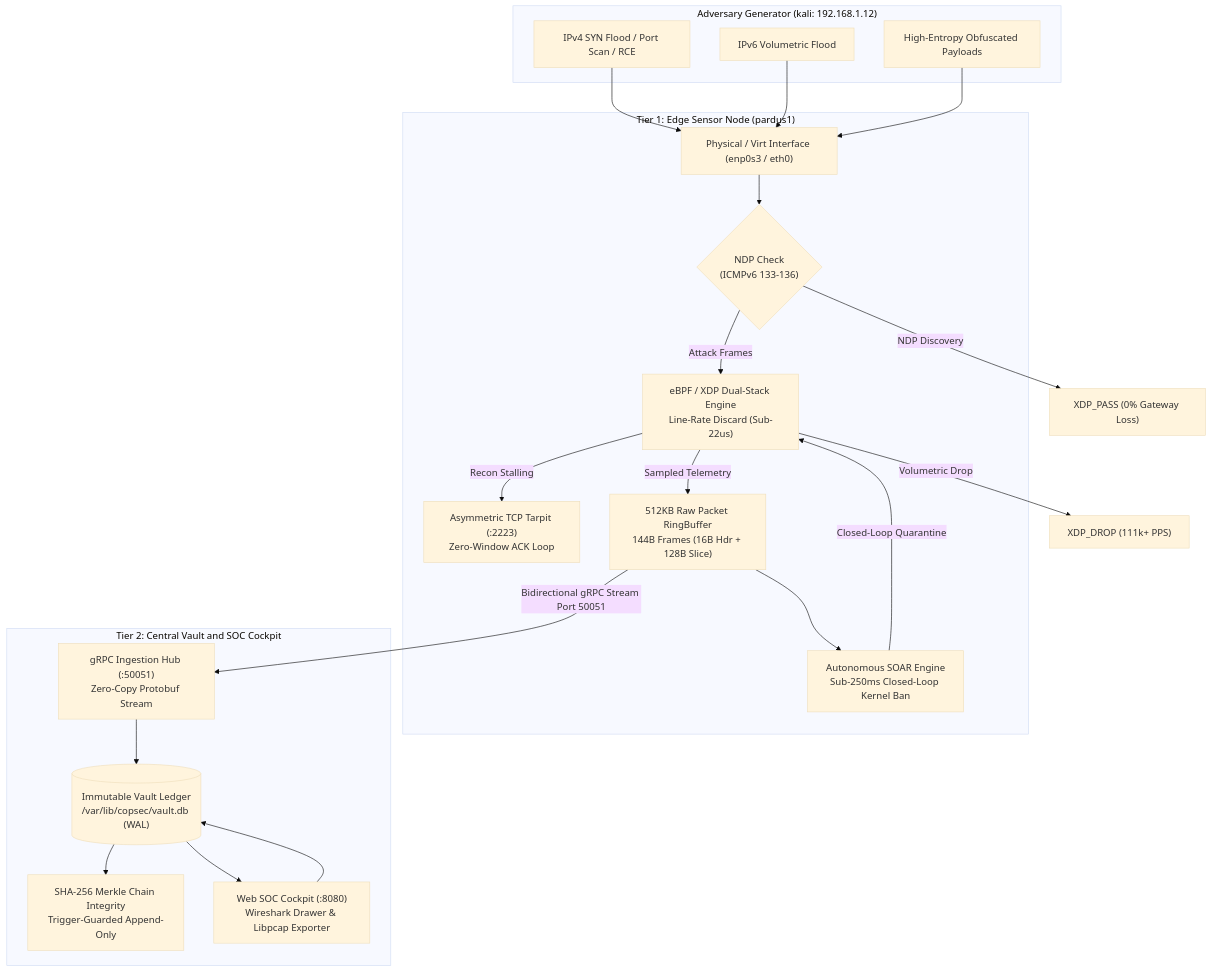
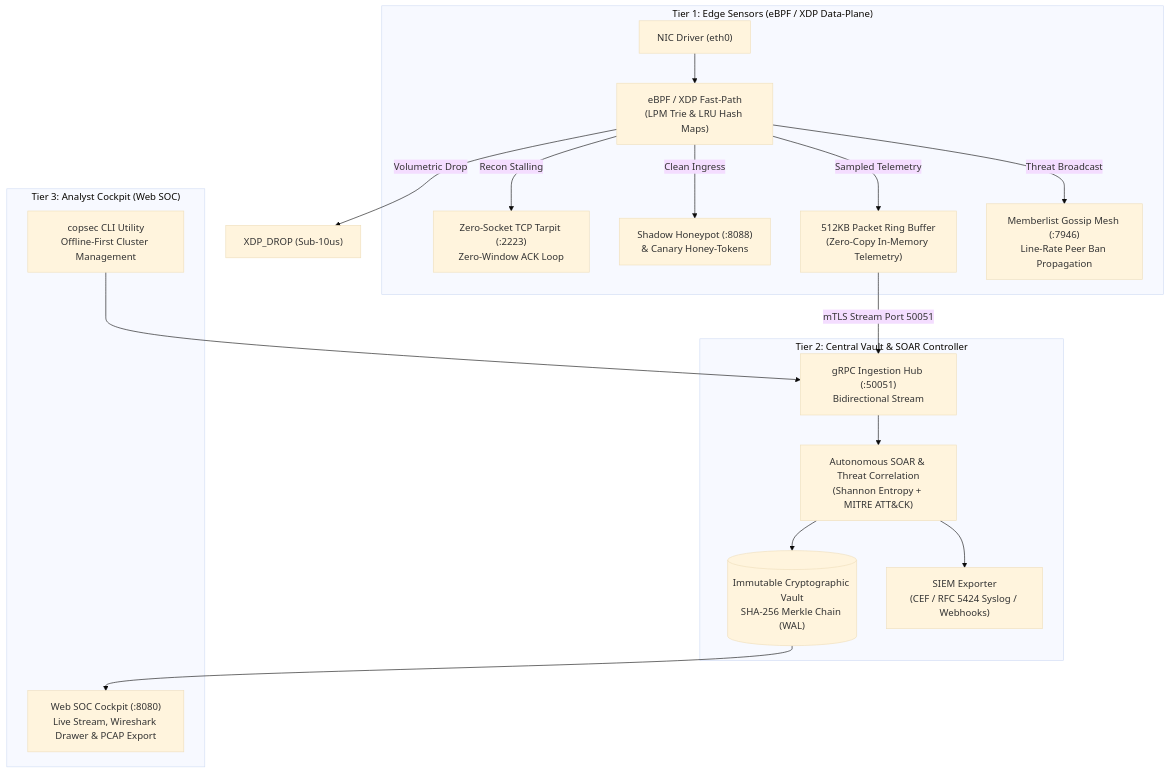
One commit to CoPdasten/copsec changed the diagram in README.md. Above: the diagram before and after it, drawn with Mermaid (base theme). The commit also changed other lines of this file, not shown here.

Commit message:
docs(readme): clean up redundant sections, remove speculative architecture bloat, and streamline documentation

````diff
--- a/README.md
+++ b/README.md
@@ -538,45 +31,38 @@
 ```mermaid
 flowchart TD
-    subgraph Adversary ["Adversary Generator (kali: 192.168.1.12)"]
-        ATTACK_V4["IPv4 SYN Flood / Port Scan / RCE"]
-        ATTACK_V6["IPv6 Volumetric Flood"]
-        ATTACK_ENTROPY["High-Entropy Obfuscated Payloads"]
+    subgraph Edge ["Tier 1: Edge Sensors (eBPF / XDP Data-Plane)"]
+        NIC["NIC Driver (eth0)"]
+        XDP["eBPF / XDP Fast-Path\n(LPM Trie & LRU Hash Maps)"]
+        TARPIT["Zero-Socket TCP Tarpit (:2223)\nZero-Window ACK Loop"]
+        HONEY["Shadow Honeypot (:8088)\n& Canary Honey-Tokens"]
+        RINGBUF["512KB Packet Ring Buffer\n(Zero-Copy In-Memory Telemetry)"]
+        GOSSIP["Memberlist Gossip Mesh (:7946)\nLine-Rate Peer Ban Propagation"]
     end
 
-    subgraph EdgeSensor ["Tier 1: Edge Sensor Node (pardus1)"]
-        NIC["Physical / Virt Interface (enp0s3 / eth0)"]
-        NDP_SAFE{"NDP Check\n(ICMPv6 133-136)"}
-        XDP_FAST["eBPF / XDP Dual-Stack Engine\nLine-Rate Discard (Sub-22us)"]
-        TARPIT["Asymmetric TCP Tarpit (:2223)\nZero-Window ACK Loop"]
-        RINGBUF["512KB Raw Packet RingBuffer\n144B Frames (16B Hdr + 128B Slice)"]
-        AUTONOMOUS["Autonomous SOAR Engine\nSub-250ms Closed-Loop Kernel Ban"]
+    subgraph Central ["Tier 2: Central Vault & SOAR Controller"]
+        GRPC_SINK["gRPC Ingestion Hub (:50051)\nBidirectional Stream"]
+        SOAR["Autonomous SOAR & Threat Correlation\n(Shannon Entropy + MITRE ATT&CK)"]
+        VAULT_DB[("Immutable Cryptographic Vault\nSHA-256 Merkle Chain (WAL)")]
+        SIEM_EXPORT["SIEM Exporter\n(CEF / RFC 5424 Syslog / Webhooks)"]
     end
 
-    subgraph CentralHub ["Tier 2: Central Vault and SOC Cockpit"]
-        GRPC_SINK["gRPC Ingestion Hub (:50051)\nZero-Copy Protobuf Stream"]
-        SQLITE_WAL[("Immutable Vault Ledger\n/var/lib/copsec/vault.db (WAL)")]
-        MERKLE["SHA-256 Merkle Chain Integrity\nTrigger-Guarded Append-Only"]
-        SOC_COCKPIT["Web SOC Cockpit (:8080)\nWireshark Drawer & Libpcap Exporter"]
+    subgraph Analyst ["Tier 3: Analyst Cockpit (Web SOC)"]
+        COCKPIT["Web SOC Cockpit (:8080)\nLive Stream, Wireshark Drawer & PCAP Export"]
+        CLI["copsec CLI Utility\nOffline-First Cluster Management"]
     end
 
-    ATTACK_V4 --> NIC
-    ATTACK_V6 --> NIC
-    ATTACK_ENTROPY --> NIC
+    NIC --> XDP
+    XDP -->|Volumetric Drop| DROP["XDP_DROP (Sub-10us)"]
+    XDP -->|Recon Stalling| TARPIT
+    XDP -->|Clean Ingress| HONEY
+    XDP -->|Sampled Telemetry| RINGBUF
+    XDP -->|Threat Broadcast| GOSSIP
 
-    NIC --> NDP_SAFE
-    NDP_SAFE -->|NDP Discovery| PASS["XDP_PASS (0% Gateway Loss)"]
-    NDP_SAFE -->|Attack Frames| XDP_FAST
+    RINGBUF -->|mTLS Stream Port 50051| GRPC_SINK
+    GRPC_SINK --> SOAR
+    SOAR --> VAULT_DB
+    SOAR --> SIEM_EXPORT
 
-    XDP_FAST -->|Volumetric Drop| DROP["XDP_DROP (111k+ PPS)"]
-    XDP_FAST -->|Recon Stalling| TARPIT
-    XDP_FAST -->|Sampled Telemetry| RINGBUF
-
-    RINGBUF --> AUTONOMOUS
-    AUTONOMOUS -->|Closed-Loop Quarantine| XDP_FAST
-
-    RINGBUF -->|Bidirectional gRPC Stream Port 50051| GRPC_SINK
-    GRPC_SINK --> SQLITE_WAL
-    SQLITE_WAL --> MERKLE
-    SQLITE_WAL --> SOC_COCKPIT
-    SOC_COCKPIT --> SQLITE_WAL
+    VAULT_DB --> COCKPIT
+    CLI --> GRPC_SINK
 ```
````
